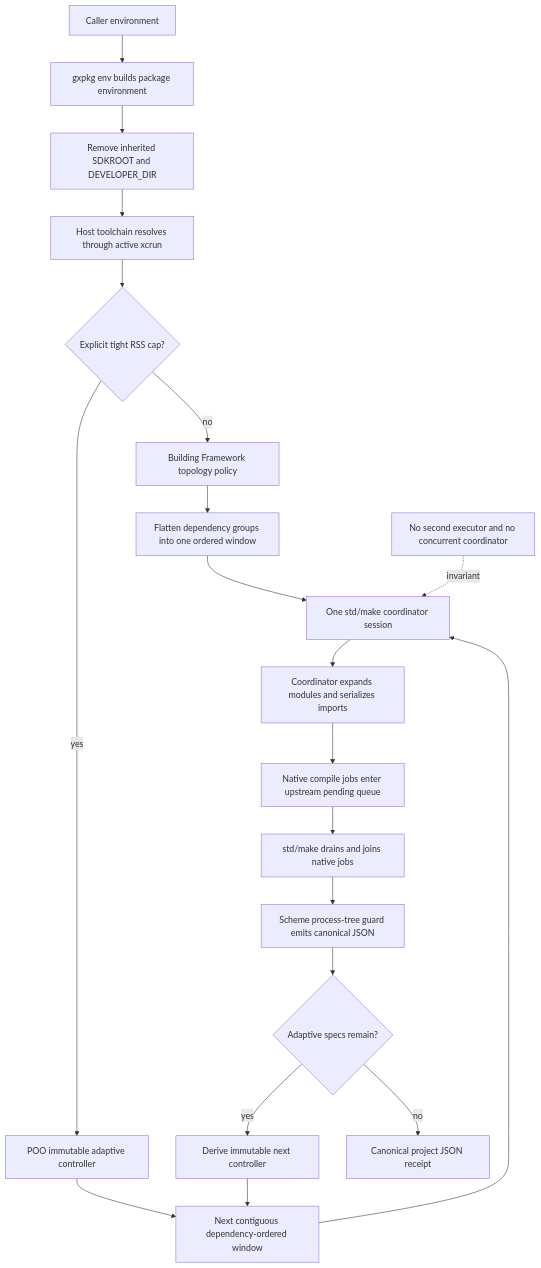
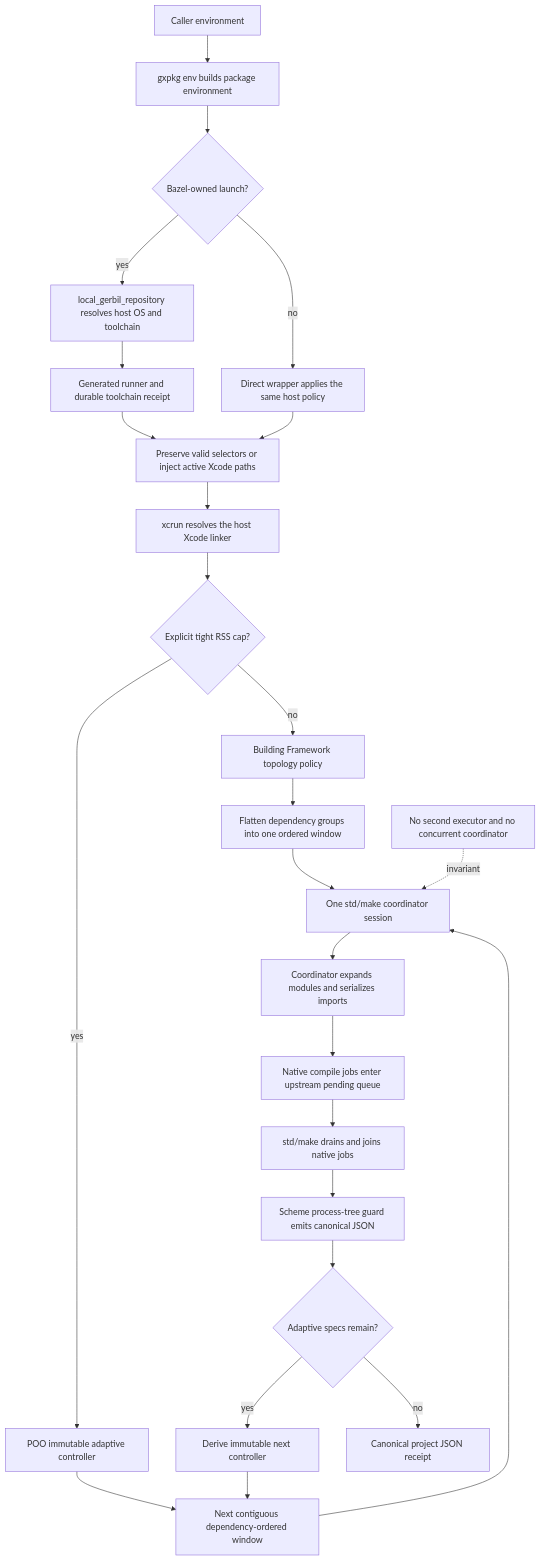
The second of 2 diagrams in docs/10-19-design/10.06-poo-module-system/147-adaptive-scheme-build-guard.org (tao3k/poo-flow), drawn with Mermaid before and after one commit. The commit also changed other lines of this file and 3 other files, not shown here.

```diff
--- a/docs/10-19-design/10.06-poo-module-system/147-adaptive-scheme-build-guard.org
+++ b/docs/10-19-design/10.06-poo-module-system/147-adaptive-scheme-build-guard.org
@@ -359,22 +363,27 @@
 #+begin_src mermaid
 flowchart TD
   E["Caller environment"] --> X["gxpkg env builds package environment"]
-  X --> T["Remove inherited SDKROOT and DEVELOPER_DIR"]
-  T --> H["Host toolchain resolves through active xcrun"]
-  H --> P{"Explicit tight RSS cap?"}
+  X --> B{"Bazel-owned launch?"}
+  B -->|"yes"| BT["local_gerbil_repository resolves host OS and toolchain"]
+  BT --> BR["Generated runner and durable toolchain receipt"]
+  B -->|"no"| ST["Direct wrapper applies the same host policy"]
+  BR --> H["Preserve valid selectors or inject active Xcode paths"]
+  ST --> H
+  H --> L["xcrun resolves the host Xcode linker"]
+  L --> P{"Explicit tight RSS cap?"}
   P -->|"no"| TP["Building Framework topology policy"]
   TP --> F["Flatten dependency groups into one ordered window"]
   P -->|"yes"| AP["POO immutable adaptive controller"]
   AP --> W["Next contiguous dependency-ordered window"]
   F --> M["One std/make coordinator session"]
   W --> M
   M --> I["Coordinator expands modules and serializes imports"]
   I --> Q["Native compile jobs enter upstream pending queue"]
   Q --> D["std/make drains and joins native jobs"]
   D --> G["Scheme process-tree guard emits canonical JSON"]
   G --> C{"Adaptive specs remain?"}
   C -->|"yes"| N["Derive immutable next controller"]
   N --> W
   C -->|"no"| R["Canonical project JSON receipt"]
   Z["No second executor and no concurrent coordinator"] -. invariant .-> M
 #+end_src
```
